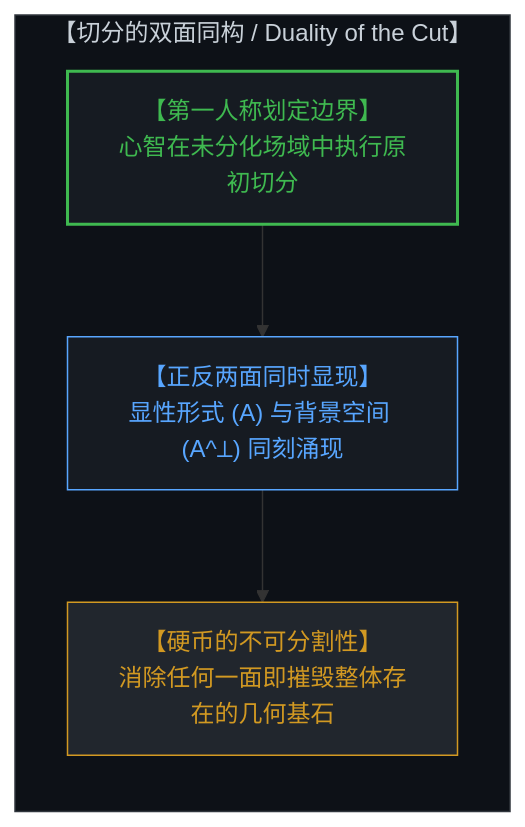
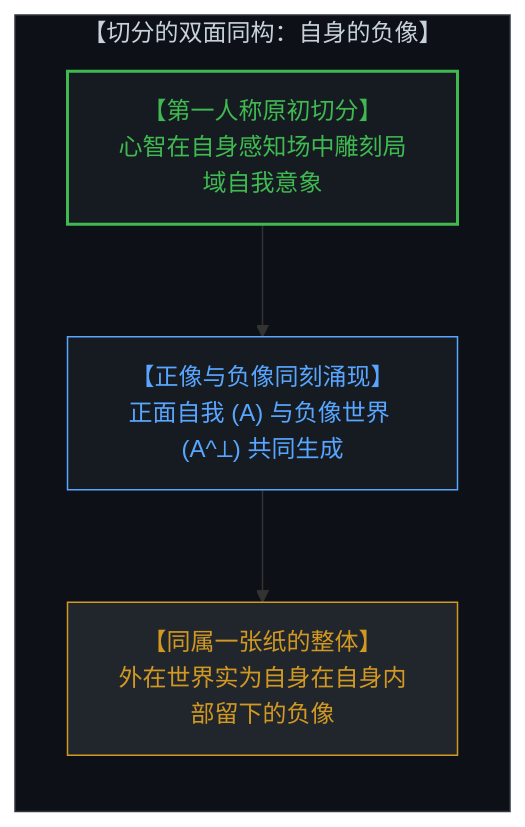
The third of 6 diagrams in content/posts/the-geometry-of-coexistence-and-the-dual-cut.md (powerpig99/not-a-toe), drawn with Mermaid before and after one commit. The commit also changed other lines of this file and 3 other files, not shown here.

Commit message:
Integrate self-image cut and negative image of the self into Post 312

````diff
--- a/content/posts/the-geometry-of-coexistence-and-the-dual-cut.md
+++ b/content/posts/the-geometry-of-coexistence-and-the-dual-cut.md
@@ -69,15 +69,15 @@
 ```mermaid
 graph TD
-    subgraph DualityCut["【切分的双面同构 / Duality of the Cut】"]
+    subgraph DualityCut["【切分的双面同构：自身的负像】"]
         direction TB
-        FirstPersonCut["【第一人称划定边界】<br>心智在未分化场域中执行原初切分"]
-        CoArisingFaces["【正反两面同时显现】<br>显性形式 (A) 与背景空间 (A^⟂) 同刻涌现"]
-        IndivisibleCoin["【硬币的不可分割性】<br>消除任何一面即摧毁整体存在的几何基石"]
-        FirstPersonCut --> CoArisingFaces
-        CoArisingFaces --> IndivisibleCoin
+        FirstPersonCut["【第一人称原初切分】<br>心智在自身感知场中雕刻局域自我意象"]
+        PositiveNegativePair["【正像与负像同刻涌现】<br>正面自我 (A) 与负像世界 (A^⟂) 共同生成"]
+        UnifiedField["【同属一张纸的整体】<br>外在世界实为自身在自身内部留下的负像"]
+        FirstPersonCut --> PositiveNegativePair
+        PositiveNegativePair --> UnifiedField
     end
     style DualityCut fill:#0d1117,stroke:#30363d,stroke-width:1px,color:#c9d1d9
     style FirstPersonCut fill:#161b22,stroke:#3fb950,stroke-width:2px,color:#3fb950
-    style CoArisingFaces fill:#161b22,stroke:#58a6ff,stroke-width:1px,color:#58a6ff
-    style IndivisibleCoin fill:#21262d,stroke:#d29922,stroke-width:1px,color:#d29922
+    style PositiveNegativePair fill:#161b22,stroke:#58a6ff,stroke-width:1px,color:#58a6ff
+    style UnifiedField fill:#21262d,stroke:#d29922,stroke-width:1px,color:#d29922
 ```
````
